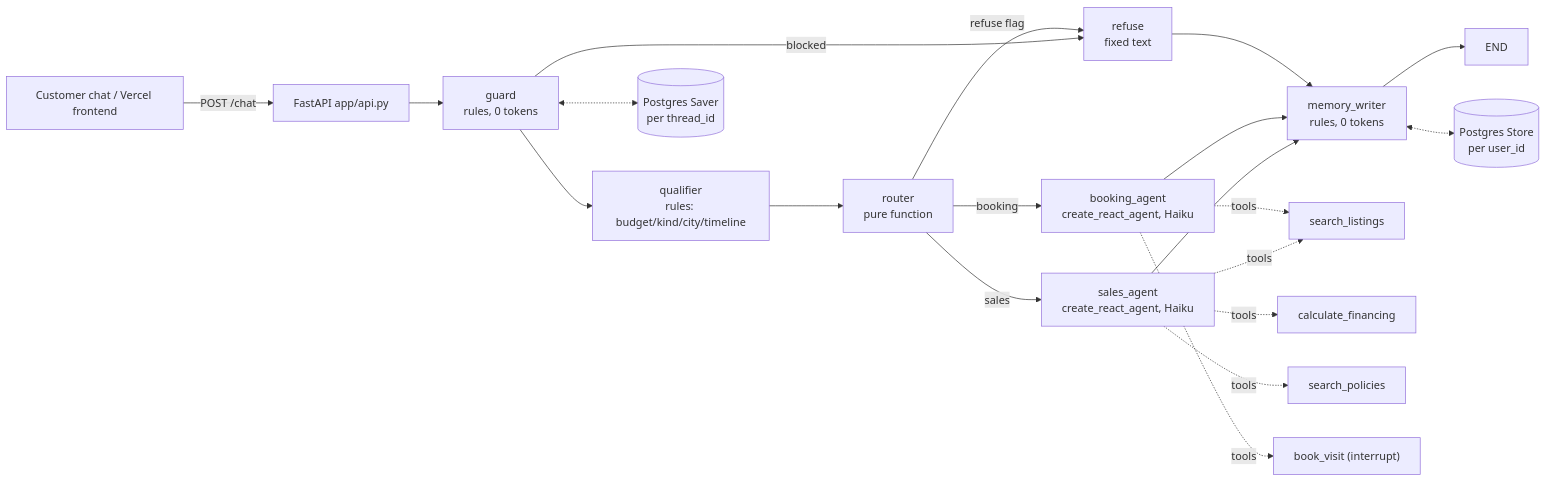
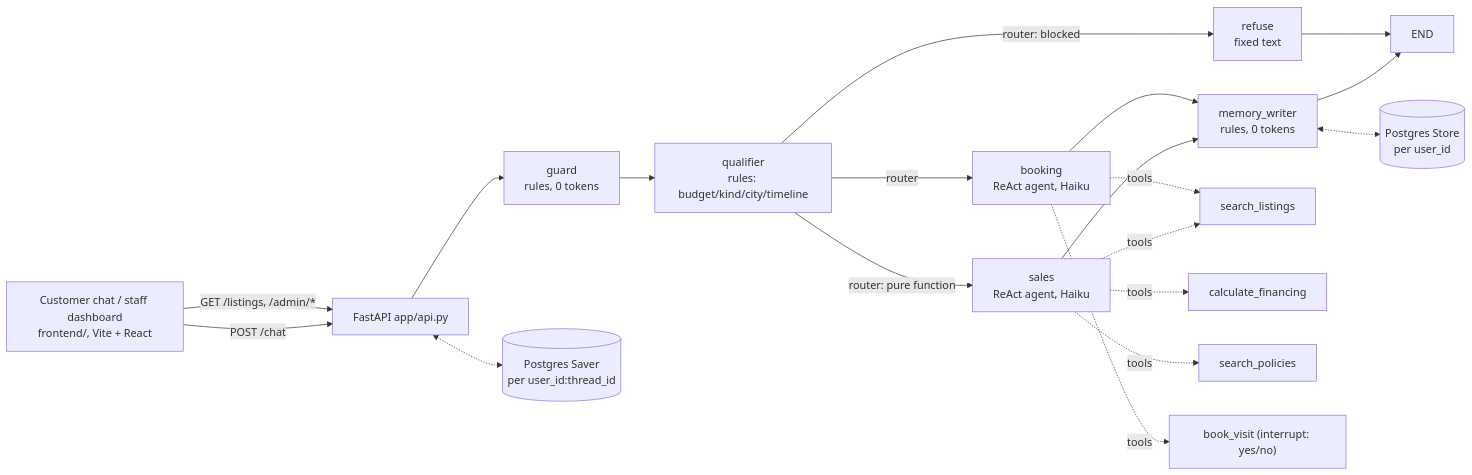
The first of 2 diagrams in docs/architecture.md (ahmedsiddiqui90/maqbool), drawn with Mermaid before and after one commit. The commit also changed other lines of this file and 1 other file, not shown here.

First line of the commit message:
Update README checklist and architecture doc to the built system

````diff
--- a/docs/architecture.md
+++ b/docs/architecture.md
@@ -8,24 +6,23 @@
 ```mermaid
 flowchart LR
-    U[Customer chat / Vercel frontend] -->|POST /chat| API[FastAPI app/api.py]
+    U[Customer chat / staff dashboard<br/>frontend/, Vite + React] -->|POST /chat| API[FastAPI app/api.py]
     API --> GUARD[guard<br/>rules, 0 tokens]
-    GUARD -->|blocked| REFUSE[refuse<br/>fixed text]
     GUARD --> QUAL[qualifier<br/>rules: budget/kind/city/timeline]
-    QUAL --> ROUTER[router<br/>pure function]
-    ROUTER -->|sales| SALES[sales_agent<br/>create_react_agent, Haiku]
-    ROUTER -->|booking| BOOK[booking_agent<br/>create_react_agent, Haiku]
-    ROUTER -->|refuse flag| REFUSE
+    QUAL -->|router: pure function| SALES[sales<br/>ReAct agent, Haiku]
+    QUAL -->|router| BOOK[booking<br/>ReAct agent, Haiku]
+    QUAL -->|router: blocked| REFUSE[refuse<br/>fixed text]
     SALES --> MEM[memory_writer<br/>rules, 0 tokens]
     BOOK --> MEM
-    REFUSE --> MEM
     MEM --> END[END]
+    REFUSE --> END
 
     SALES -.tools.-> T1[search_listings]
     SALES -.tools.-> T2[calculate_financing]
     SALES -.tools.-> T3[search_policies]
     BOOK -.tools.-> T1
-    BOOK -.tools.-> T4["book_visit (interrupt)"]
+    BOOK -.tools.-> T4["book_visit (interrupt: yes/no)"]
 
     MEM <-.-> STORE[(Postgres Store<br/>per user_id)]
-    GUARD <-.-> SAVER[(Postgres Saver<br/>per thread_id)]
+    API <-.-> SAVER[(Postgres Saver<br/>per user_id:thread_id)]
+    U -->|GET /listings, /admin/*| API
 ```
````
